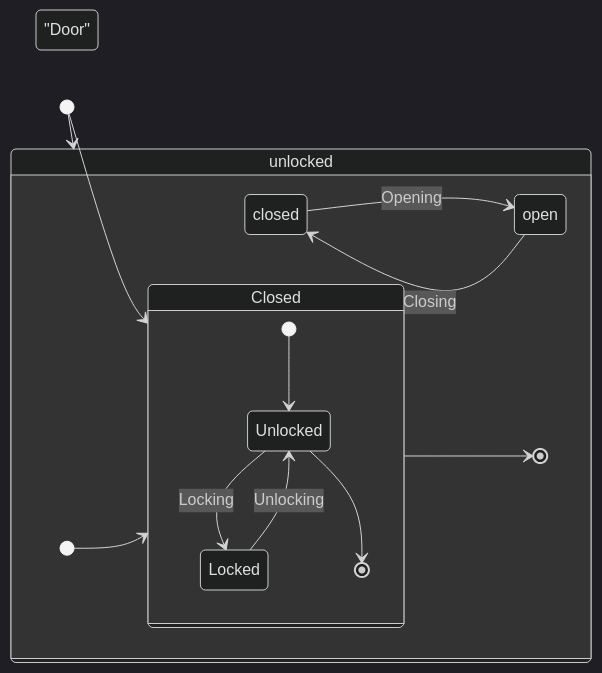
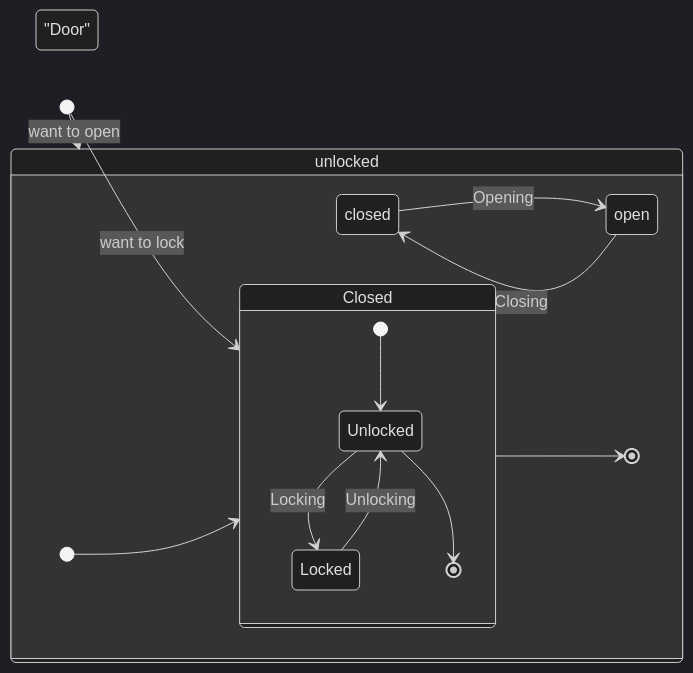
The seventh of 7 diagrams in README.md (fletchjp/StateMachine), drawn with Mermaid (dark theme) before and after one commit.

Commit message:
Update README.md
and more

````diff
--- a/README.md
+++ b/README.md
@@ -84,19 +84,19 @@
 ```mermaid
    stateDiagram-v2
    direction LR
    state: "Door"
-   [*] --> Closed
+   [*] --> Closed : want to lock
    state Closed {
    [*] --> Unlocked
    Unlocked --> Locked : Locking
    Locked --> Unlocked : Unlocking
    Unlocked --> [*]
    }
-   [*] --> unlocked
+   [*] --> unlocked : want to open
    state unlocked {
    [*] --> Closed
    closed --> open : Opening
    open --> closed : Closing
    Closed --> [*]
    }
 ```
````
